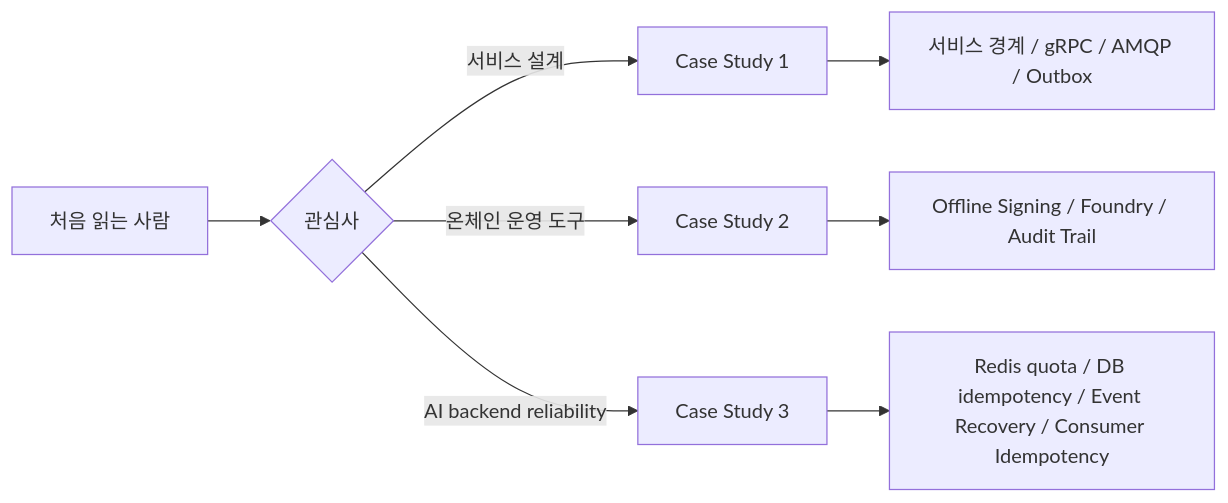
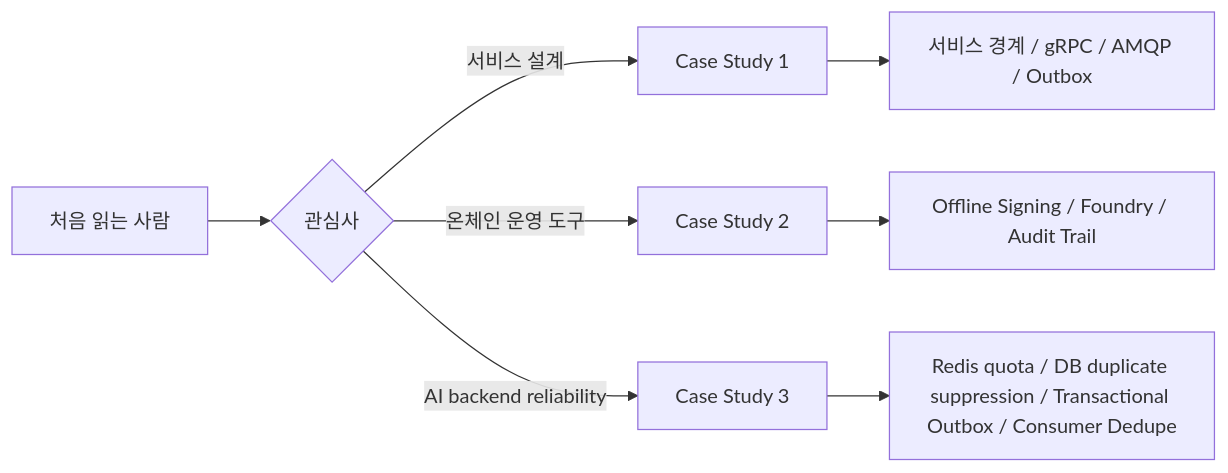
The sixth of 6 diagrams in README.md (bang9ming9/bang9ming9), drawn with Mermaid before and after one commit. The commit also changed other lines of this file and 1 other file, not shown here.

````diff
--- a/README.md
+++ b/README.md
@@ -259,11 +244,11 @@
 ```mermaid
 flowchart LR
     A[처음 읽는 사람] --> B{관심사}
     B -->|서비스 설계| C[Case Study 1]
     B -->|온체인 운영 도구| D[Case Study 2]
     B -->|AI backend reliability| E[Case Study 3]
 
     C --> C1[서비스 경계 / gRPC / AMQP / Outbox]
     D --> D1[Offline Signing / Foundry / Audit Trail]
-    E --> E1[Redis quota / DB idempotency / Event Recovery / Consumer Idempotency]
+    E --> E1[Redis quota / DB duplicate suppression / Transactional Outbox / Consumer Dedupe]
 ```
````
